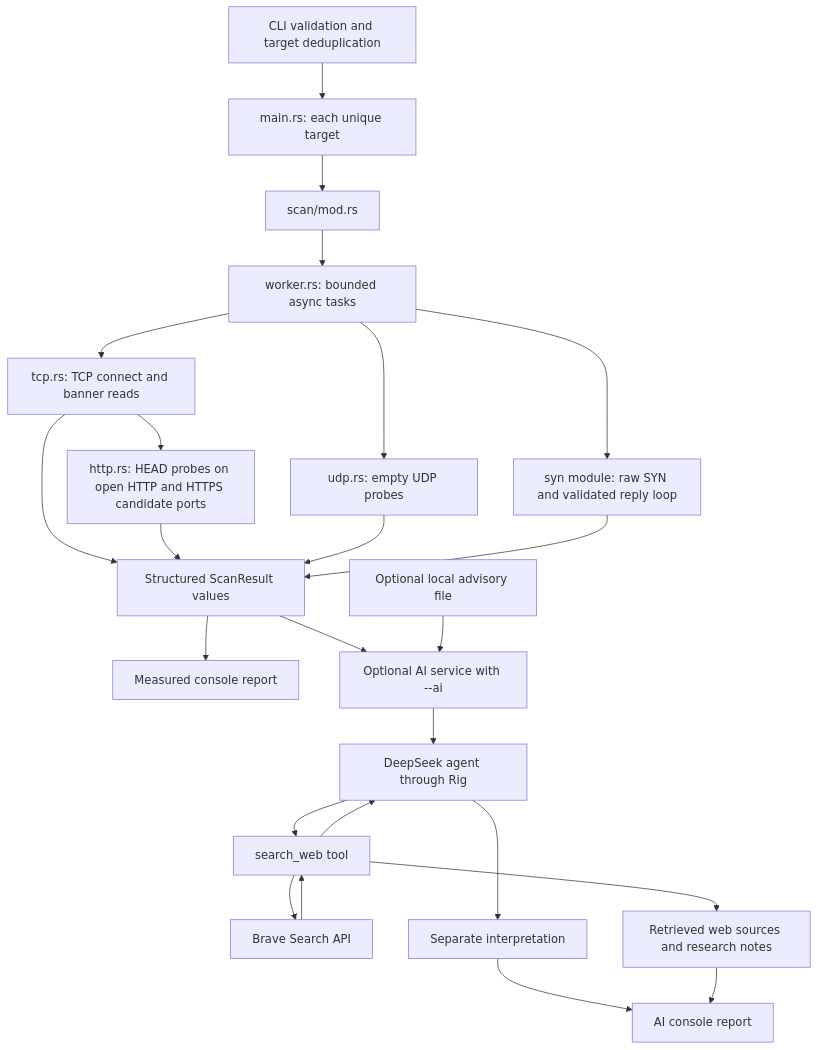
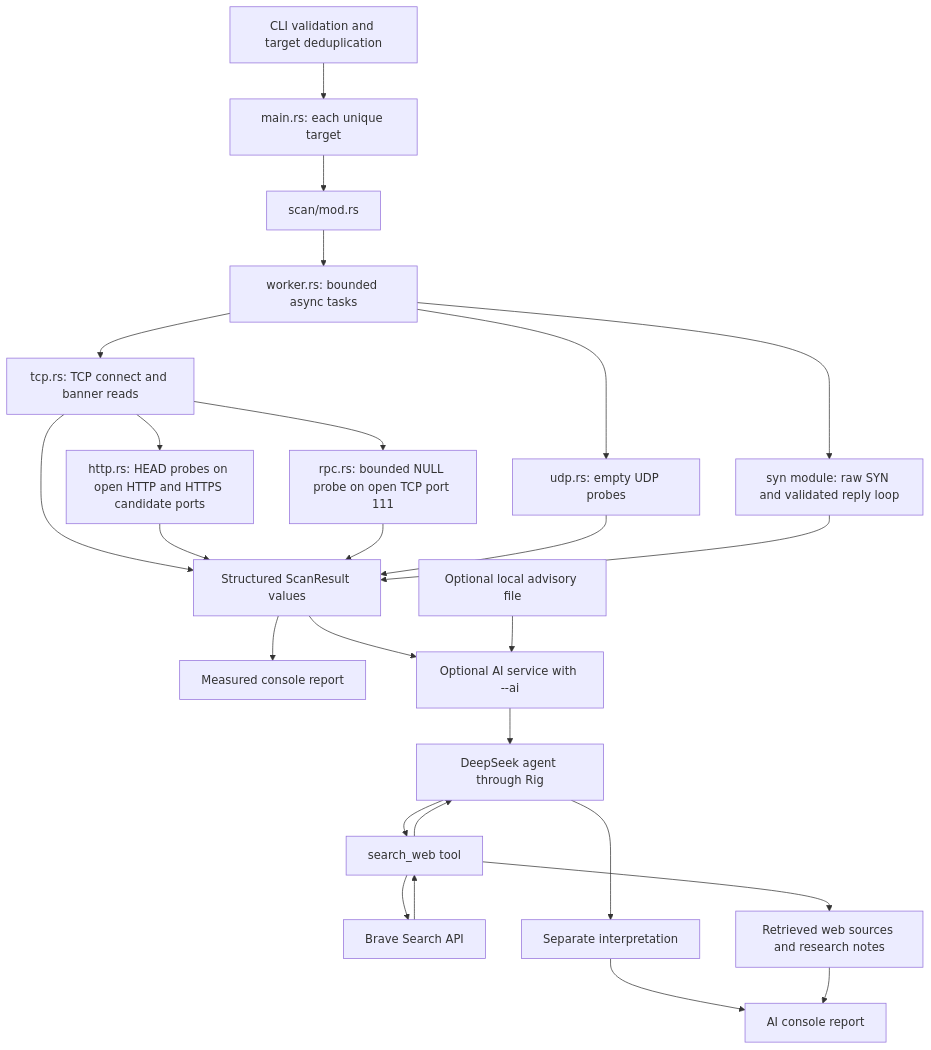
One commit to frankye961/rmap changed the diagram in docs/architecture.md. Above: the diagram before and after it, drawn with Mermaid. The commit also changed other lines of this file and 16 other files, not shown here.

First line of the commit message:
Feat/rpc probe building (#19)

````diff
--- a/docs/architecture.md
+++ b/docs/architecture.md
@@ -14,26 +21,28 @@
 ```mermaid
 flowchart TD
     CLI[CLI validation and target deduplication] --> Hosts[main.rs: each unique target]
     Hosts --> Entry[scan/mod.rs]
     Entry --> Pool[worker.rs: bounded async tasks]
     Pool --> TCP[tcp.rs: TCP connect and banner reads]
     Pool --> UDP[udp.rs: empty UDP probes]
     Pool --> SYN[syn module: raw SYN and validated reply loop]
     TCP --> HTTP[http.rs: HEAD probes on open HTTP and HTTPS candidate ports]
+    TCP --> RPC[rpc.rs: bounded NULL probe on open TCP port 111]
     TCP --> Results[Structured ScanResult values]
     HTTP --> Results
+    RPC --> Results
     UDP --> Results
     SYN --> Results
     Results --> Report[Measured console report]
     Results --> AI[Optional AI service with --ai]
     Local[Optional local advisory file] --> AI
     AI --> Agent[DeepSeek agent through Rig]
     Agent --> Search[search_web tool]
     Search --> Brave[Brave Search API]
     Brave --> Search
     Search --> Agent
     Agent --> Analysis[Separate interpretation]
     Search --> Evidence[Retrieved web sources and research notes]
     Analysis --> AIReport[AI console report]
     Evidence --> AIReport
 ```
````
